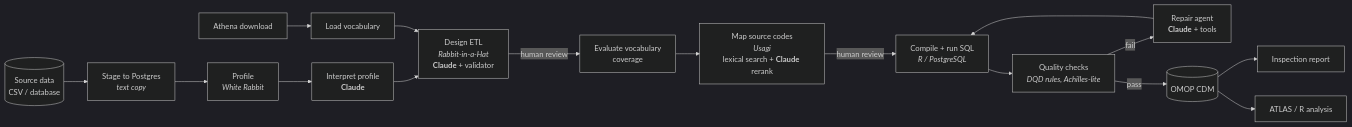
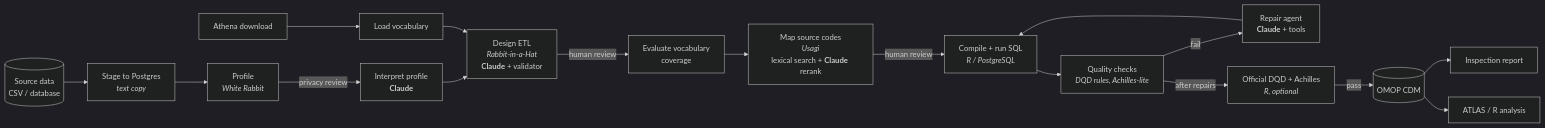
The diagram in docs/architecture.md (Alvin-Nahabwe/automated-omop-etl), drawn with Mermaid (dark theme) before and after one commit. The commit also changed other lines of this file and 37 other files, not shown here.

````diff
--- a/docs/architecture.md
+++ b/docs/architecture.md
@@ -8,18 +8,19 @@
 ```mermaid
 flowchart LR
     SRC[(Source data<br/>CSV / database)] --> STAGE[Stage to Postgres<br/><i>text copy</i>]
     STAGE --> PROF[Profile<br/><i>White Rabbit</i>]
-    PROF --> ANN[Interpret profile<br/><b>Claude</b>]
+    PROF -->|privacy review| ANN[Interpret profile<br/><b>Claude</b>]
     ATH[Athena download] --> VLOAD[Load vocabulary]
     ANN --> DES[Design ETL<br/><i>Rabbit-in-a-Hat</i><br/><b>Claude</b> + validator]
     VLOAD --> DES
     DES -->|human review| VEVAL[Evaluate vocabulary<br/>coverage]
     VEVAL --> MAP[Map source codes<br/><i>Usagi</i><br/>lexical search + <b>Claude</b> rerank]
     MAP -->|human review| BUILD[Compile + run SQL<br/><i>R / PostgreSQL</i>]
     BUILD --> DQ[Quality checks<br/><i>DQD rules, Achilles-lite</i>]
     DQ -->|fail| REP[Repair agent<br/><b>Claude</b> + tools]
     REP --> BUILD
-    DQ -->|pass| CDM[(OMOP CDM)]
+    DQ -->|after repairs| RDQD[Official DQD + Achilles<br/><i>R, optional</i>]
+    RDQD -->|pass| CDM[(OMOP CDM)]
     CDM --> REPORT[Inspection report]
     CDM --> ATLAS[ATLAS / R analysis]
 ```
````
